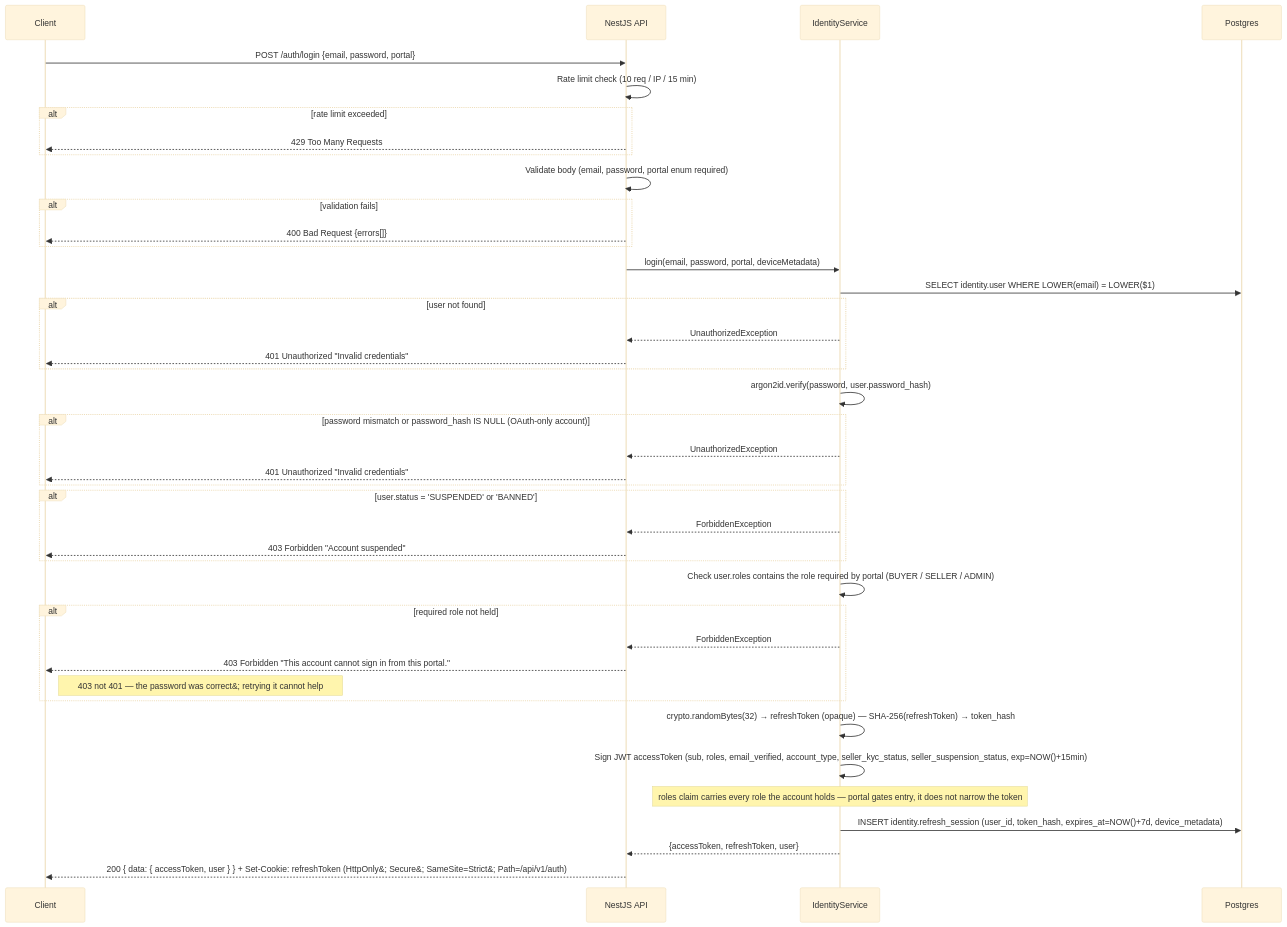
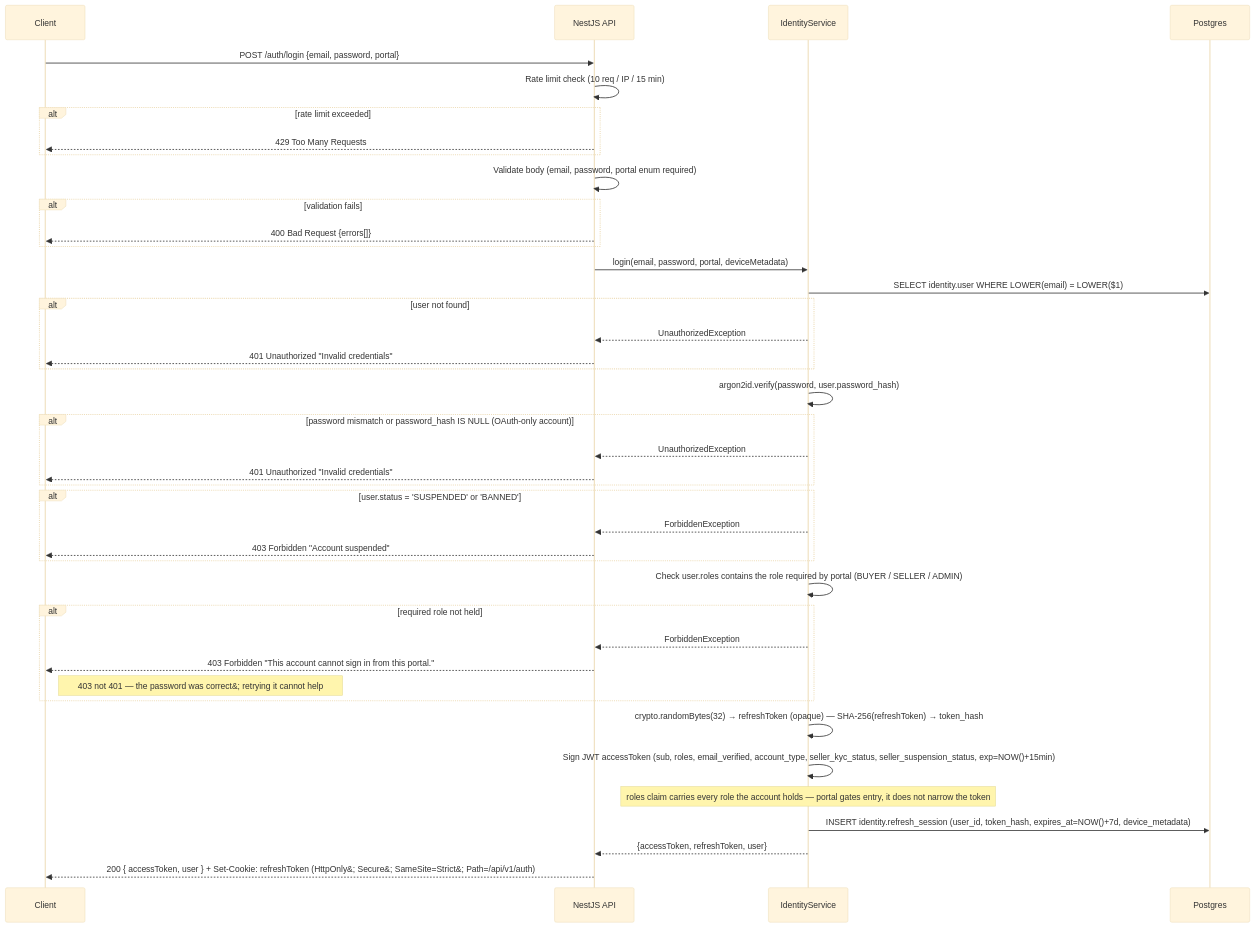
Before and after one commit to alisa-uthi/aliceut-ecom-document: the second of 14 diagrams in phase-1/technical-design/api-design/auth.md, drawn with Mermaid (base theme). The commit also changed other lines of this file, not shown here.

First line of the commit message:
doc(auth): record the bare session response shape as canonical

````diff
--- a/phase-1/technical-design/api-design/auth.md
+++ b/phase-1/technical-design/api-design/auth.md
@@ -237,53 +238,53 @@
 ```mermaid
 sequenceDiagram
     participant C as Client
     participant A as NestJS API
     participant IS as IdentityService
     participant PG as Postgres
 
     C->>A: POST /auth/login {email, password, portal}
 
     A->>A: Rate limit check (10 req / IP / 15 min)
     alt rate limit exceeded
         A-->>C: 429 Too Many Requests
     end
 
     A->>A: Validate body (email, password, portal enum required)
     alt validation fails
         A-->>C: 400 Bad Request {errors[]}
     end
 
     A->>IS: login(email, password, portal, deviceMetadata)
     IS->>PG: SELECT identity.user WHERE LOWER(email) = LOWER($1)
     alt user not found
         IS-->>A: UnauthorizedException
         A-->>C: 401 Unauthorized "Invalid credentials"
     end
 
     IS->>IS: argon2id.verify(password, user.password_hash)
     alt password mismatch or password_hash IS NULL (OAuth-only account)
         IS-->>A: UnauthorizedException
         A-->>C: 401 Unauthorized "Invalid credentials"
     end
 
     alt user.status = 'SUSPENDED' or 'BANNED'
         IS-->>A: ForbiddenException
         A-->>C: 403 Forbidden "Account suspended"
     end
 
     IS->>IS: Check user.roles contains the role required by portal (BUYER / SELLER / ADMIN)
     alt required role not held
         IS-->>A: ForbiddenException
         A-->>C: 403 Forbidden "This account cannot sign in from this portal."
         Note right of C: 403 not 401 — the password was correct&#59; retrying it cannot help
     end
 
     IS->>IS: crypto.randomBytes(32) → refreshToken (opaque) — SHA-256(refreshToken) → token_hash
     IS->>IS: Sign JWT accessToken (sub, roles, email_verified, account_type, seller_kyc_status, seller_suspension_status, exp=NOW()+15min)
     Note over IS: roles claim carries every role the account holds — portal gates entry, it does not narrow the token
 
     IS->>PG: INSERT identity.refresh_session (user_id, token_hash, expires_at=NOW()+7d, device_metadata)
 
     IS-->>A: {accessToken, refreshToken, user}
-    A-->>C: 200 { data: { accessToken, user } } + Set-Cookie: refreshToken (HttpOnly&#59; Secure&#59; SameSite=Strict&#59; Path=/api/v1/auth)
+    A-->>C: 200 { accessToken, user } + Set-Cookie: refreshToken (HttpOnly&#59; Secure&#59; SameSite=Strict&#59; Path=/api/v1/auth)
 ```
````
